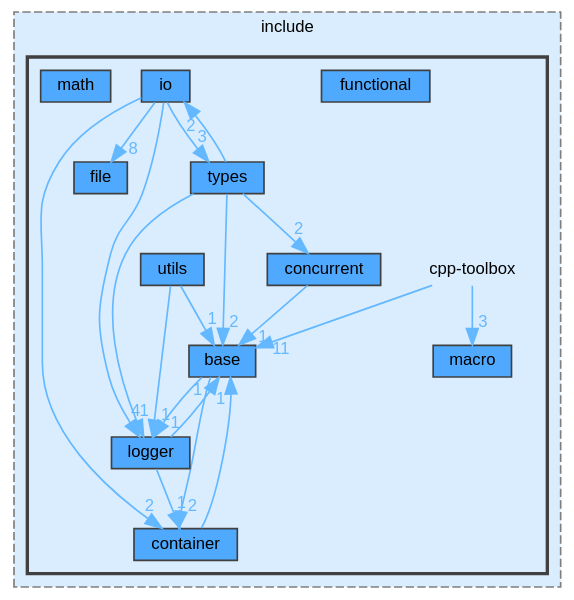
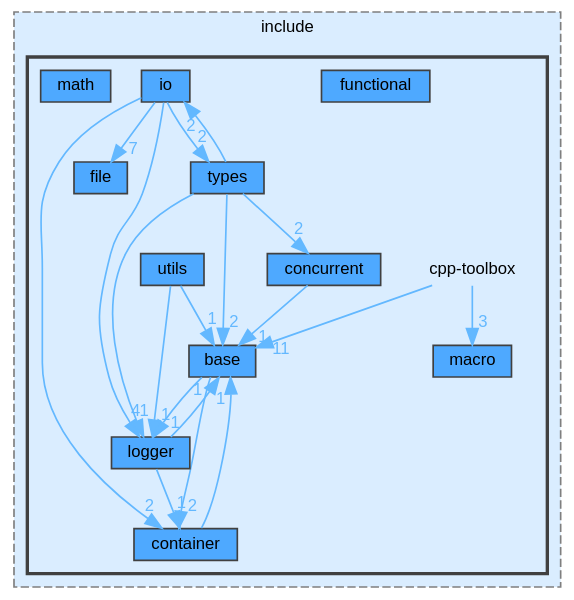
The diagram in dir_09c6140c2956544491238e129f11fd9f_dep.dot (nerdneilsfield/cpp-toolbox), drawn with Graphviz before and after one commit. The commit also changed 52 other files, not shown here.

```diff
--- a/dir_09c6140c2956544491238e129f11fd9f_dep.dot
+++ b/dir_09c6140c2956544491238e129f11fd9f_dep.dot
@@ -1,44 +1,44 @@
 digraph "src/include/cpp-toolbox"
 {
  // LATEX_PDF_SIZE
   bgcolor="transparent";
   edge [fontname=Helvetica,fontsize=10,labelfontname=Helvetica,labelfontsize=10];
   node [fontname=Helvetica,fontsize=10,shape=box,height=0.2,width=0.4];
   compound=true
   subgraph clusterdir_b0856f6b0d80ccb263b2f415c91f9e17 {
     graph [ bgcolor="#daedff", pencolor="grey50", label="include", fontname=Helvetica,fontsize=10 style="filled,dashed", URL="dir_b0856f6b0d80ccb263b2f415c91f9e17.html",tooltip=""]
   subgraph clusterdir_09c6140c2956544491238e129f11fd9f {
     graph [ bgcolor="#daedff", pencolor="grey25", label="", fontname=Helvetica,fontsize=10 style="filled,bold", URL="dir_09c6140c2956544491238e129f11fd9f.html",tooltip=""]
     dir_09c6140c2956544491238e129f11fd9f [shape=plaintext, label="cpp-toolbox"];
   dir_175064ea02679cf4c3a50b5407502295 [label="base", fillcolor="#4ea9ff", color="grey25", style="filled", URL="dir_175064ea02679cf4c3a50b5407502295.html",tooltip=""];
   dir_53097c1fb4416aacf03fa23589a54650 [label="concurrent", fillcolor="#4ea9ff", color="grey25", style="filled", URL="dir_53097c1fb4416aacf03fa23589a54650.html",tooltip=""];
   dir_5e35b7373085dba8dab58644e4548795 [label="container", fillcolor="#4ea9ff", color="grey25", style="filled", URL="dir_5e35b7373085dba8dab58644e4548795.html",tooltip=""];
   dir_b5aa90370c16f0962bf4137c01c04103 [label="file", fillcolor="#4ea9ff", color="grey25", style="filled", URL="dir_b5aa90370c16f0962bf4137c01c04103.html",tooltip=""];
   dir_42d4fada0fd69cb4cfebc8e2df038324 [label="functional", fillcolor="#4ea9ff", color="grey25", style="filled", URL="dir_42d4fada0fd69cb4cfebc8e2df038324.html",tooltip=""];
   dir_0525589dda1abc1cfa65fd0da343267e [label="io", fillcolor="#4ea9ff", color="grey25", style="filled", URL="dir_0525589dda1abc1cfa65fd0da343267e.html",tooltip=""];
   dir_40d9b6a4c321e73b85093107dc465522 [label="logger", fillcolor="#4ea9ff", color="grey25", style="filled", URL="dir_40d9b6a4c321e73b85093107dc465522.html",tooltip=""];
   dir_5a67e91a1465d0f547b2b0b801205bed [label="macro", fillcolor="#4ea9ff", color="grey25", style="filled", URL="dir_5a67e91a1465d0f547b2b0b801205bed.html",tooltip=""];
   dir_456e3efa1700f2e372aa6b9f2b6f70ca [label="math", fillcolor="#4ea9ff", color="grey25", style="filled", URL="dir_456e3efa1700f2e372aa6b9f2b6f70ca.html",tooltip=""];
   dir_d073c017754f5bdb7e8e1de8ad13b99a [label="types", fillcolor="#4ea9ff", color="grey25", style="filled", URL="dir_d073c017754f5bdb7e8e1de8ad13b99a.html",tooltip=""];
   dir_f67a023f401e335084376ee616e38b67 [label="utils", fillcolor="#4ea9ff", color="grey25", style="filled", URL="dir_f67a023f401e335084376ee616e38b67.html",tooltip=""];
   }
   }
   dir_09c6140c2956544491238e129f11fd9f->dir_175064ea02679cf4c3a50b5407502295 [headlabel="11", labeldistance=1.5 headhref="dir_000003_000000.html" href="dir_000003_000000.html" color="steelblue1" fontcolor="steelblue1"];
   dir_09c6140c2956544491238e129f11fd9f->dir_5a67e91a1465d0f547b2b0b801205bed [headlabel="3", labeldistance=1.5 headhref="dir_000003_000016.html" href="dir_000003_000016.html" color="steelblue1" fontcolor="steelblue1"];
   dir_175064ea02679cf4c3a50b5407502295->dir_40d9b6a4c321e73b85093107dc465522 [headlabel="1", labeldistance=1.5 headhref="dir_000000_000015.html" href="dir_000000_000015.html" color="steelblue1" fontcolor="steelblue1"];
   dir_175064ea02679cf4c3a50b5407502295->dir_5e35b7373085dba8dab58644e4548795 [headlabel="2", labeldistance=1.5 headhref="dir_000000_000002.html" href="dir_000000_000002.html" color="steelblue1" fontcolor="steelblue1"];
   dir_53097c1fb4416aacf03fa23589a54650->dir_175064ea02679cf4c3a50b5407502295 [headlabel="1", labeldistance=1.5 headhref="dir_000001_000000.html" href="dir_000001_000000.html" color="steelblue1" fontcolor="steelblue1"];
   dir_5e35b7373085dba8dab58644e4548795->dir_175064ea02679cf4c3a50b5407502295 [headlabel="1", labeldistance=1.5 headhref="dir_000002_000000.html" href="dir_000002_000000.html" color="steelblue1" fontcolor="steelblue1"];
   dir_0525589dda1abc1cfa65fd0da343267e->dir_40d9b6a4c321e73b85093107dc465522 [headlabel="4", labeldistance=1.5 headhref="dir_000014_000015.html" href="dir_000014_000015.html" color="steelblue1" fontcolor="steelblue1"];
   dir_0525589dda1abc1cfa65fd0da343267e->dir_5e35b7373085dba8dab58644e4548795 [headlabel="2", labeldistance=1.5 headhref="dir_000014_000002.html" href="dir_000014_000002.html" color="steelblue1" fontcolor="steelblue1"];
-  dir_0525589dda1abc1cfa65fd0da343267e->dir_b5aa90370c16f0962bf4137c01c04103 [headlabel="8", labeldistance=1.5 headhref="dir_000014_000007.html" href="dir_000014_000007.html" color="steelblue1" fontcolor="steelblue1"];
-  dir_0525589dda1abc1cfa65fd0da343267e->dir_d073c017754f5bdb7e8e1de8ad13b99a [headlabel="3", labeldistance=1.5 headhref="dir_000014_000021.html" href="dir_000014_000021.html" color="steelblue1" fontcolor="steelblue1"];
+  dir_0525589dda1abc1cfa65fd0da343267e->dir_b5aa90370c16f0962bf4137c01c04103 [headlabel="7", labeldistance=1.5 headhref="dir_000014_000007.html" href="dir_000014_000007.html" color="steelblue1" fontcolor="steelblue1"];
+  dir_0525589dda1abc1cfa65fd0da343267e->dir_d073c017754f5bdb7e8e1de8ad13b99a [headlabel="2", labeldistance=1.5 headhref="dir_000014_000021.html" href="dir_000014_000021.html" color="steelblue1" fontcolor="steelblue1"];
   dir_40d9b6a4c321e73b85093107dc465522->dir_175064ea02679cf4c3a50b5407502295 [headlabel="1", labeldistance=1.5 headhref="dir_000015_000000.html" href="dir_000015_000000.html" color="steelblue1" fontcolor="steelblue1"];
   dir_40d9b6a4c321e73b85093107dc465522->dir_5e35b7373085dba8dab58644e4548795 [headlabel="1", labeldistance=1.5 headhref="dir_000015_000002.html" href="dir_000015_000002.html" color="steelblue1" fontcolor="steelblue1"];
   dir_d073c017754f5bdb7e8e1de8ad13b99a->dir_0525589dda1abc1cfa65fd0da343267e [headlabel="2", labeldistance=1.5 headhref="dir_000021_000014.html" href="dir_000021_000014.html" color="steelblue1" fontcolor="steelblue1"];
   dir_d073c017754f5bdb7e8e1de8ad13b99a->dir_175064ea02679cf4c3a50b5407502295 [headlabel="2", labeldistance=1.5 headhref="dir_000021_000000.html" href="dir_000021_000000.html" color="steelblue1" fontcolor="steelblue1"];
   dir_d073c017754f5bdb7e8e1de8ad13b99a->dir_40d9b6a4c321e73b85093107dc465522 [headlabel="1", labeldistance=1.5 headhref="dir_000021_000015.html" href="dir_000021_000015.html" color="steelblue1" fontcolor="steelblue1"];
   dir_d073c017754f5bdb7e8e1de8ad13b99a->dir_53097c1fb4416aacf03fa23589a54650 [headlabel="2", labeldistance=1.5 headhref="dir_000021_000001.html" href="dir_000021_000001.html" color="steelblue1" fontcolor="steelblue1"];
   dir_f67a023f401e335084376ee616e38b67->dir_175064ea02679cf4c3a50b5407502295 [headlabel="1", labeldistance=1.5 headhref="dir_000022_000000.html" href="dir_000022_000000.html" color="steelblue1" fontcolor="steelblue1"];
   dir_f67a023f401e335084376ee616e38b67->dir_40d9b6a4c321e73b85093107dc465522 [headlabel="1", labeldistance=1.5 headhref="dir_000022_000015.html" href="dir_000022_000015.html" color="steelblue1" fontcolor="steelblue1"];
 }
```
